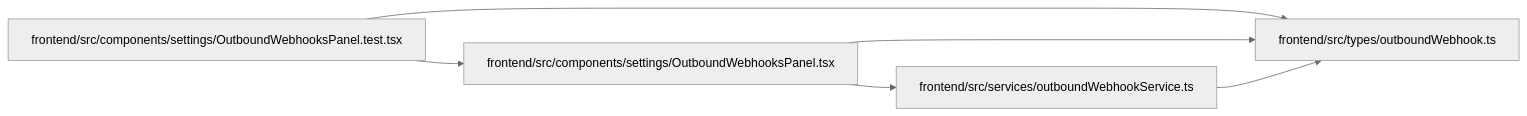
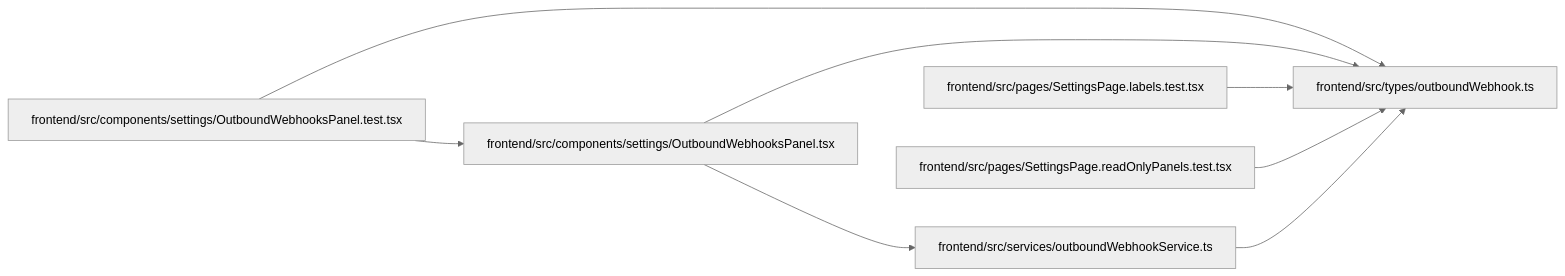
Before and after one commit to Denissvgn/WorkChord: the diagram in docs/llm_wiki/modules/outboundWebhook.md, drawn with Mermaid (neutral theme). The commit also changed other lines of this file and 2373 other files, not shown here.

````diff
--- a/docs/llm_wiki/modules/outboundWebhook.md
+++ b/docs/llm_wiki/modules/outboundWebhook.md
@@ -20,16 +20,22 @@
 ```mermaid
 flowchart LR
     n0["frontend/src/components/settings/OutboundWebhooksPanel.test.tsx"]
     n1["frontend/src/components/settings/OutboundWebhooksPanel.tsx"]
-    n2["frontend/src/services/outboundWebhookService.ts"]
-    n3["frontend/src/types/outboundWebhook.ts"]
+    n2["frontend/src/pages/SettingsPage.labels.test.tsx"]
+    n3["frontend/src/pages/SettingsPage.readOnlyPanels.test.tsx"]
+    n4["frontend/src/services/outboundWebhookService.ts"]
+    n5["frontend/src/types/outboundWebhook.ts"]
     n0 --> n1
-    n0 --> n3
-    n1 --> n2
-    n1 --> n3
-    n2 --> n3
+    n0 --> n5
+    n1 --> n4
+    n1 --> n5
+    n2 --> n5
+    n3 --> n5
+    n4 --> n5
     click n0 "../modules/OutboundWebhooksPanel.test.md"
     click n1 "../modules/OutboundWebhooksPanel.md"
-    click n2 "../modules/outboundWebhookService.md"
-    click n3 "../modules/outboundWebhook.md"
+    click n2 "../modules/SettingsPage.labels.test.md"
+    click n3 "../modules/SettingsPage.readOnlyPanels.test.md"
+    click n4 "../modules/outboundWebhookService.md"
+    click n5 "../modules/outboundWebhook.md"
 ```
````
